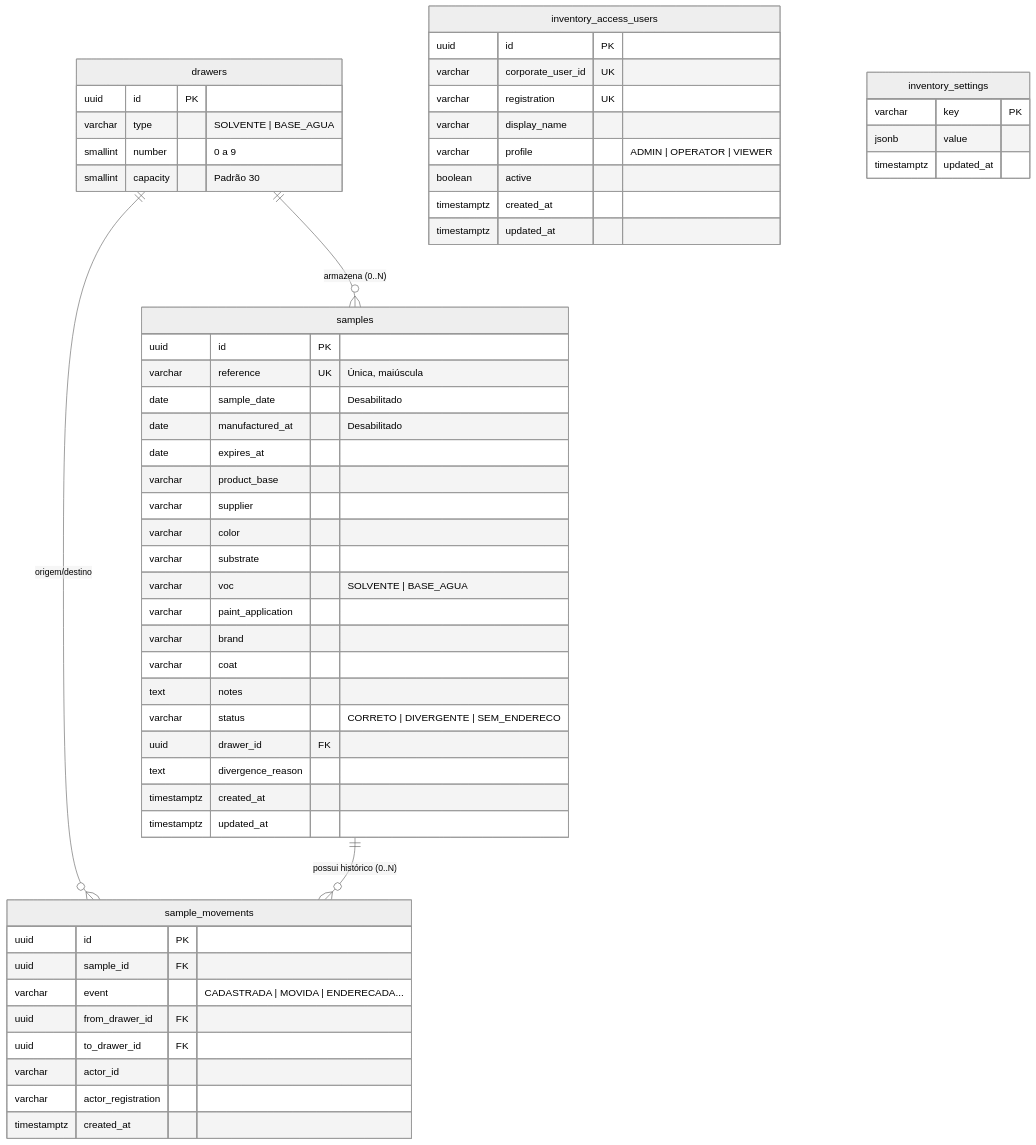
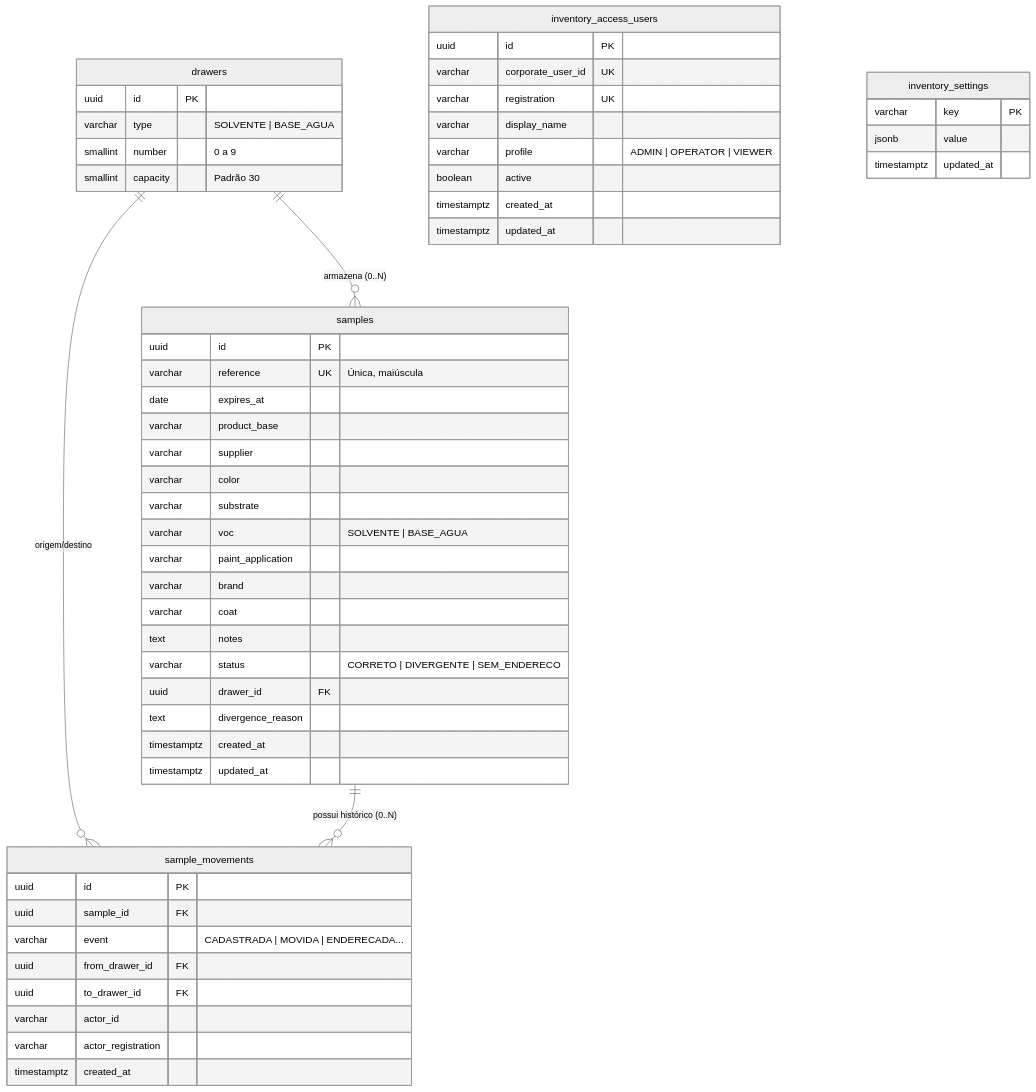
The diagram in docs/mapeamento_banco_dados.md (AugustoBerto/inventario-de-tintas), drawn with Mermaid (neutral theme) before and after one commit. The commit also changed other lines of this file and 10 other files, not shown here.

````diff
--- a/docs/mapeamento_banco_dados.md
+++ b/docs/mapeamento_banco_dados.md
@@ -23,63 +23,61 @@
 ```mermaid
 erDiagram
     drawers ||--o{ samples : "armazena (0..N)"
     drawers ||--o{ sample_movements : "origem/destino"
     samples ||--o{ sample_movements : "possui histórico (0..N)"
     
     drawers {
         uuid id PK
         varchar type "SOLVENTE | BASE_AGUA"
         smallint number "0 a 9"
         smallint capacity "Padrão 30"
     }
 
     samples {
         uuid id PK
         varchar reference UK "Única, maiúscula"
-        date sample_date "Desabilitado"
-        date manufactured_at "Desabilitado"
         date expires_at
         varchar product_base
         varchar supplier
         varchar color
         varchar substrate
         varchar voc "SOLVENTE | BASE_AGUA"
         varchar paint_application
         varchar brand
         varchar coat
         text notes
         varchar status "CORRETO | DIVERGENTE | SEM_ENDERECO"
         uuid drawer_id FK
         text divergence_reason
         timestamptz created_at
         timestamptz updated_at
     }
 
     sample_movements {
         uuid id PK
         uuid sample_id FK
         varchar event "CADASTRADA | MOVIDA | ENDERECADA..."
         uuid from_drawer_id FK
         uuid to_drawer_id FK
         varchar actor_id
         varchar actor_registration
         timestamptz created_at
     }
 
     inventory_access_users {
         uuid id PK
         varchar corporate_user_id UK
         varchar registration UK
         varchar display_name
         varchar profile "ADMIN | OPERATOR | VIEWER"
         boolean active
         timestamptz created_at
         timestamptz updated_at
     }
 
     inventory_settings {
         varchar key PK
         jsonb value
         timestamptz updated_at
     }
 ```
````
